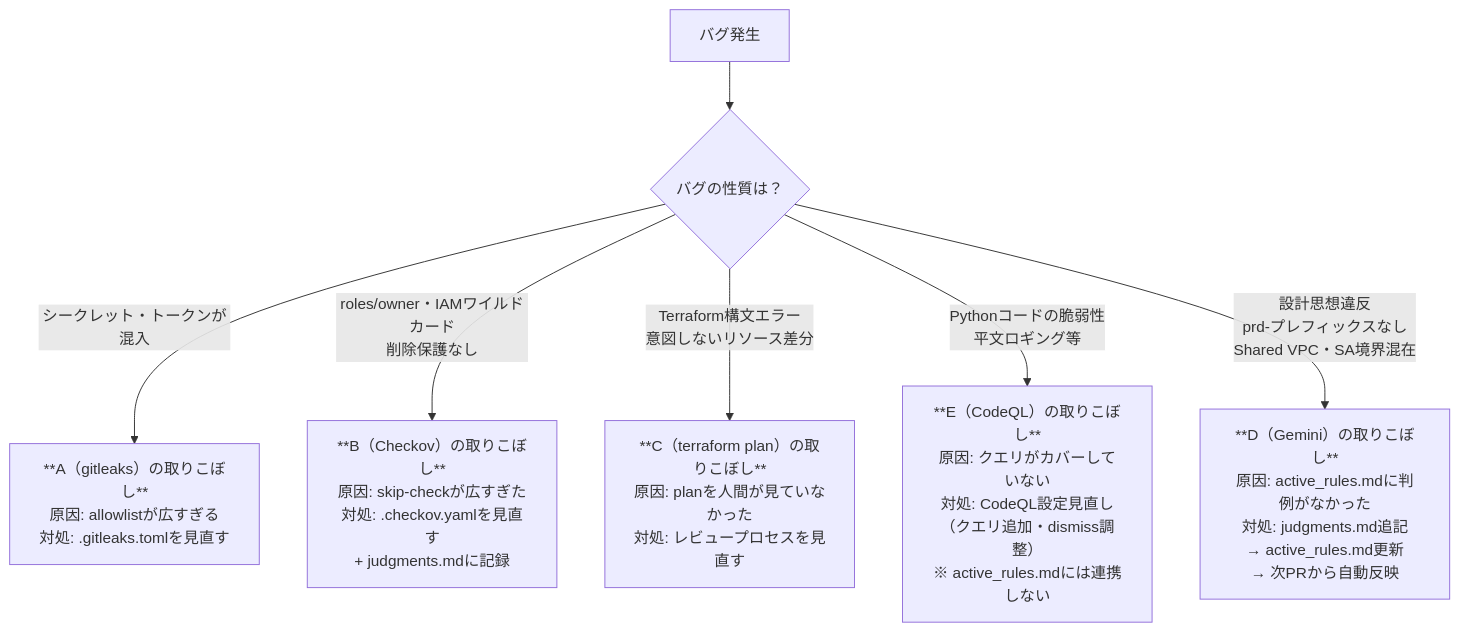
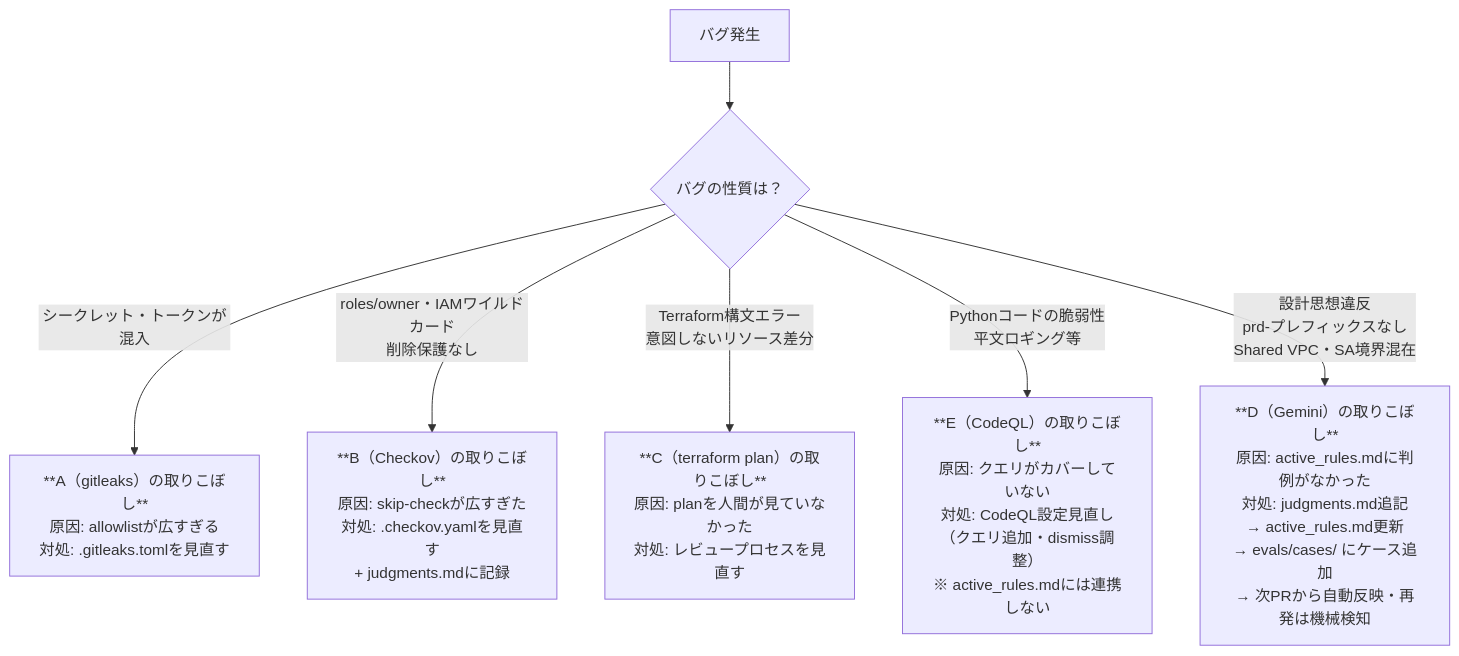
Before and after one commit to shinkawamisaki/gcp-base: the seventh of 7 diagrams in docs/QUALITY_FEEDBACK_LOOP.md, drawn with Mermaid. The commit also changed other lines of this file and 2 other files, not shown here.

````diff
--- a/docs/QUALITY_FEEDBACK_LOOP.md
+++ b/docs/QUALITY_FEEDBACK_LOOP.md
@@ -172,19 +173,19 @@
 ```mermaid
 flowchart TD
     BUG["バグ発生"]
     Q{"バグの性質は？"}
 
     BUG --> Q
 
     Q -->|シークレット・トークンが混入| A3
     Q -->|roles/owner・IAMワイルドカード<br>削除保護なし| B3
     Q -->|Terraform構文エラー<br>意図しないリソース差分| C3
     Q -->|Pythonコードの脆弱性<br>平文ロギング等| E3
     Q -->|設計思想違反<br>prd-プレフィックスなし<br>Shared VPC・SA境界混在| D3
 
     A3["**A（gitleaks）の取りこぼし**<br>原因: allowlistが広すぎる<br>対処: .gitleaks.tomlを見直す"]
     B3["**B（Checkov）の取りこぼし**<br>原因: skip-checkが広すぎた<br>対処: .checkov.yamlを見直す<br>+ judgments.mdに記録"]
     C3["**C（terraform plan）の取りこぼし**<br>原因: planを人間が見ていなかった<br>対処: レビュープロセスを見直す"]
     E3["**E（CodeQL）の取りこぼし**<br>原因: クエリがカバーしていない<br>対処: CodeQL設定見直し（クエリ追加・dismiss調整）<br>※ active_rules.mdには連携しない"]
-    D3["**D（Gemini）の取りこぼし**<br>原因: active_rules.mdに判例がなかった<br>対処: judgments.md追記<br>→ active_rules.md更新<br>→ 次PRから自動反映"]
+    D3["**D（Gemini）の取りこぼし**<br>原因: active_rules.mdに判例がなかった<br>対処: judgments.md追記<br>→ active_rules.md更新<br>→ evals/cases/ にケース追加<br>→ 次PRから自動反映・再発は機械検知"]
 ```
````
